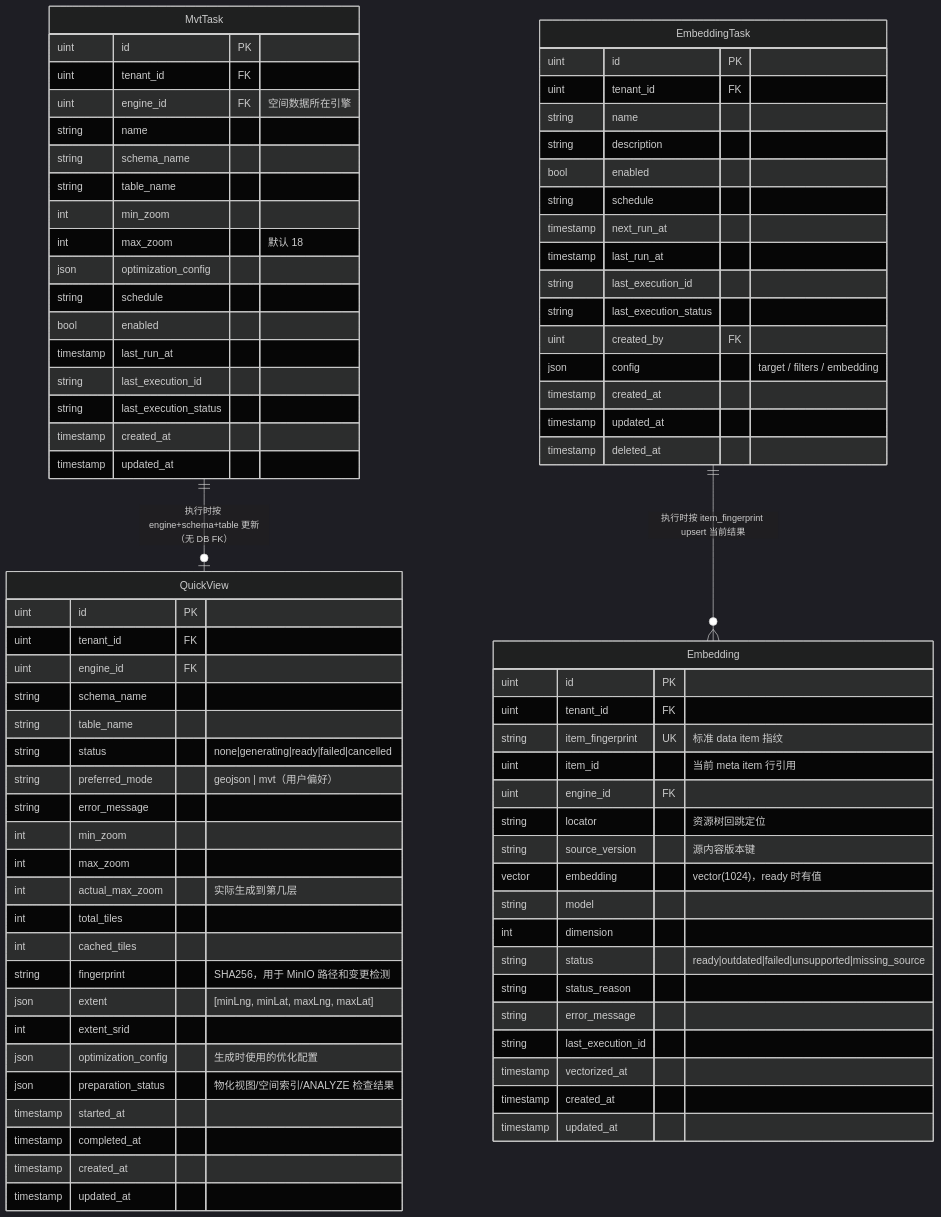
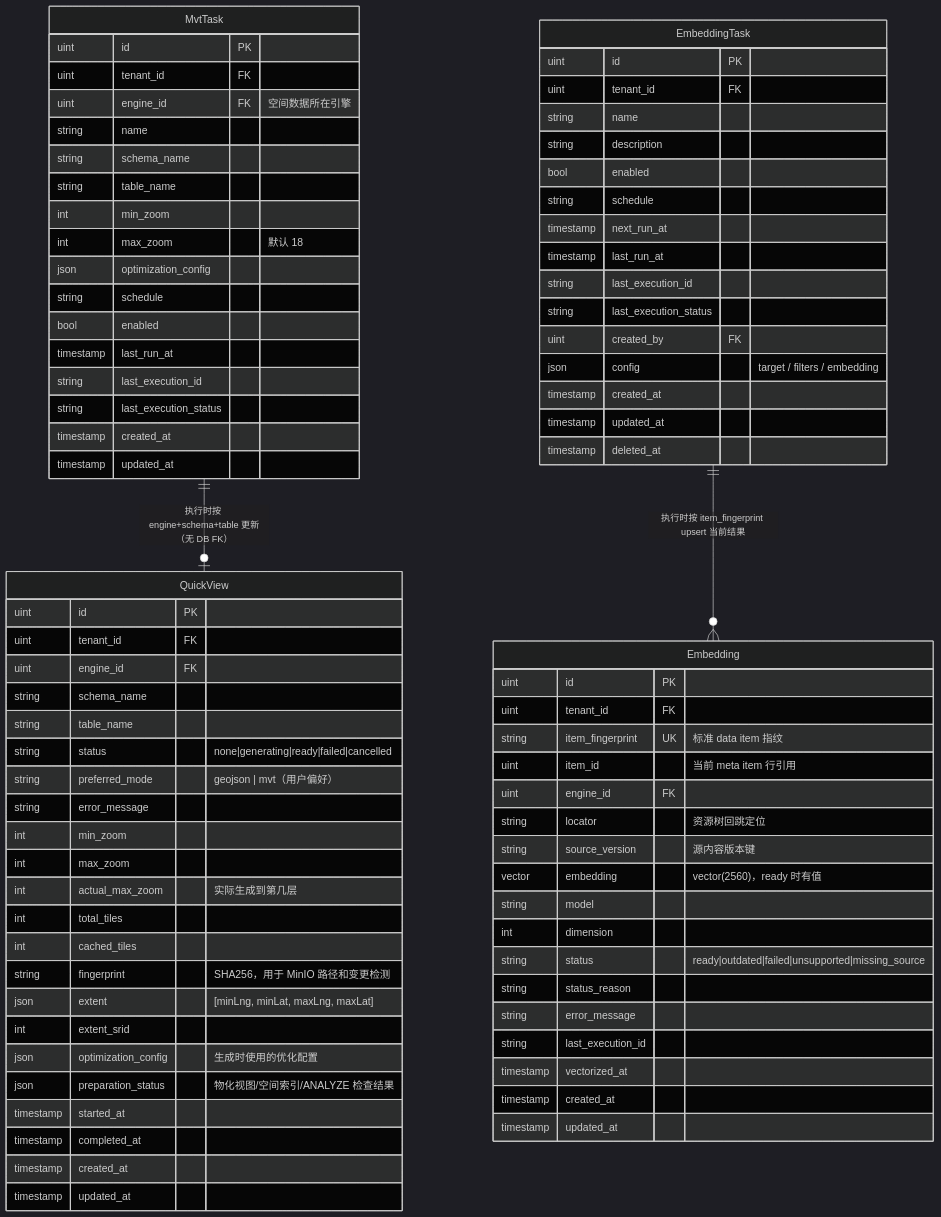
One commit to pampa0629/addp changed the third of 9 diagrams in docs/concepts/addp核心对象ER图（元模型）.md. Above: the diagram before and after it, drawn with Mermaid (dark theme). The commit also changed other lines of this file and 67 other files, not shown here.

```diff
--- a/docs/concepts/addp核心对象ER图（元模型）.md
+++ b/docs/concepts/addp核心对象ER图（元模型）.md
@@ -631,7 +631,7 @@
         uint engine_id FK
         string locator "资源树回跳定位"
         string source_version "源内容版本键"
-        vector embedding "vector(1024)，ready 时有值"
+        vector embedding "vector(2560)，ready 时有值"
         string model
         int dimension
         string status "ready|outdated|failed|unsupported|missing_source"
```
